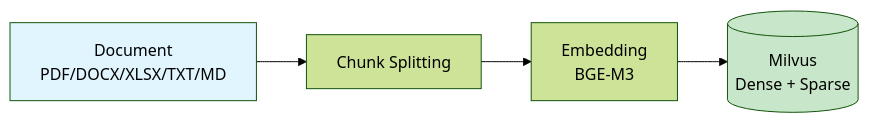
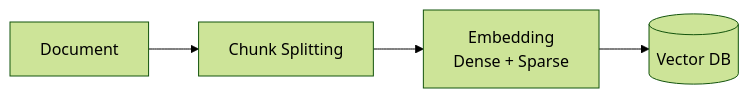
One commit to lg114/RagMate changed the first of 2 diagrams in README.md. Above: the diagram before and after it, drawn with Mermaid (forest theme). The commit also changed other lines of this file and 1 other file, not shown here.

First line of the commit message:
Simplify README diagrams and descriptions

````diff
--- a/README.md
+++ b/README.md
@@ -31,9 +31,6 @@
 ```mermaid
 flowchart LR
-    A[Document\nPDF/DOCX/XLSX/TXT/MD] --> B[Chunk Splitting]
-    B --> C[Embedding\nBGE-M3]
-    C --> D[(Milvus\nDense + Sparse)]
-
-    style A fill:#e1f5fe
-    style D fill:#c8e6c9
+    A[Document] --> B[Chunk Splitting]
+    B --> C[Embedding\nDense + Sparse]
+    C --> D[(Vector DB)]
 ```
````
